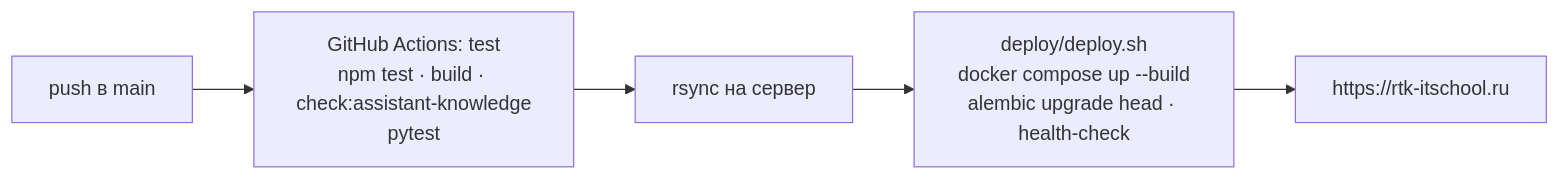
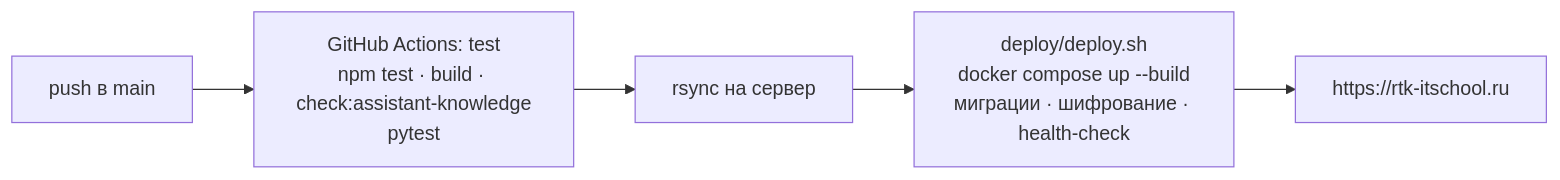
The eighth of 8 diagrams in README.md (1flipstar1/LCT-IT-school-RST-67-MISIS), drawn with Mermaid before and after one commit. The commit also changed other lines of this file and 25 other files, not shown here.

````diff
--- a/README.md
+++ b/README.md
@@ -467,7 +519,7 @@
 ```mermaid
 flowchart LR
     push["push в main"] --> test["GitHub Actions: test<br/>npm test · build · check:assistant-knowledge<br/>pytest"]
     test --> sync["rsync на сервер"]
-    sync --> deploy["deploy/deploy.sh<br/>docker compose up --build<br/>alembic upgrade head · health-check"]
+    sync --> deploy["deploy/deploy.sh<br/>docker compose up --build<br/>миграции · шифрование · health-check"]
     deploy --> prod["https://rtk-itschool.ru"]
 ```
````
